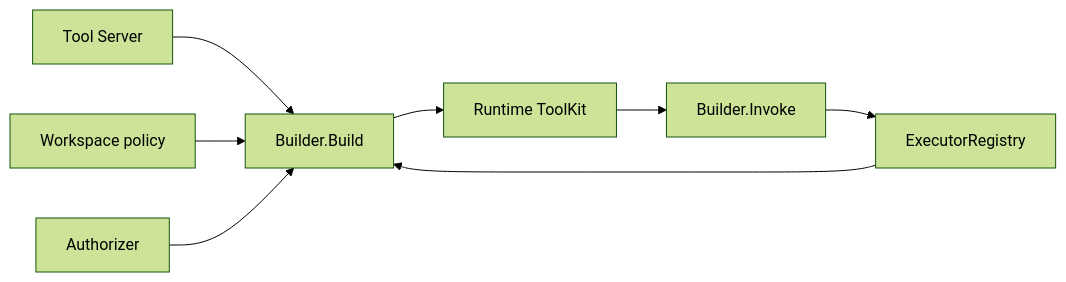
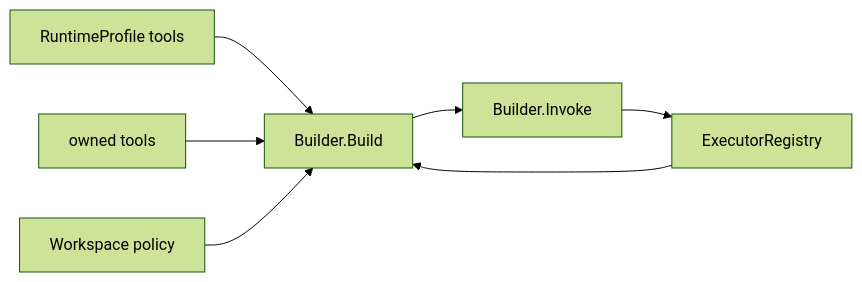
The diagram in guides/en/developing/gizclaw/services/runtime/toolkit.md (GizClaw/gizclaw), drawn with Mermaid (forest theme) before and after one commit. The commit also changed other lines of this file and 574 other files, not shown here.

First line of the commit message:
repo: replace ACL access with ownership and RuntimeProfile (#324)

````diff
--- a/guides/en/developing/gizclaw/services/runtime/toolkit.md
+++ b/guides/en/developing/gizclaw/services/runtime/toolkit.md
@@ -9,10 +9,9 @@
 ```mermaid
 flowchart LR
-    Store["Tool Server"] --> Builder["Builder.Build"]
+    Profile["RuntimeProfile tools"] --> Builder["Builder.Build"]
+    Owner["owned tools"] --> Builder
     Policy["Workspace policy"] --> Builder
-    ACL["Authorizer"] --> Builder
     Executors["ExecutorRegistry"] --> Builder
-    Builder --> ToolKit["Runtime ToolKit"]
-    ToolKit --> Invoke["Builder.Invoke"]
+    Builder --> Invoke["Builder.Invoke"]
     Invoke --> Executors
 ```
````
